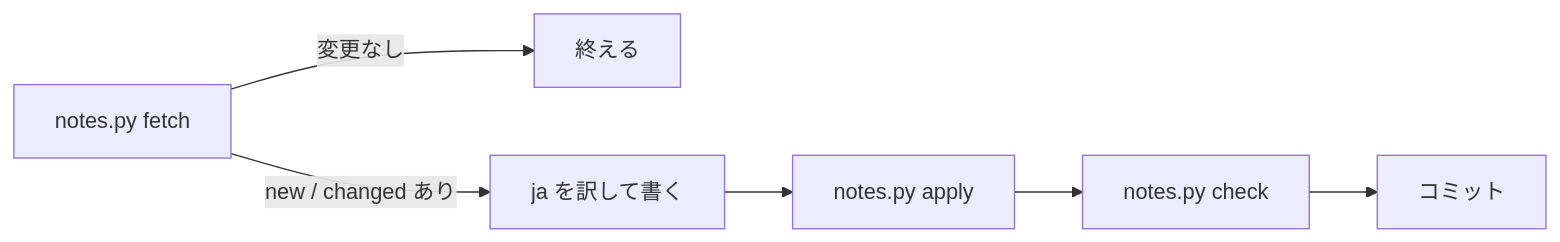
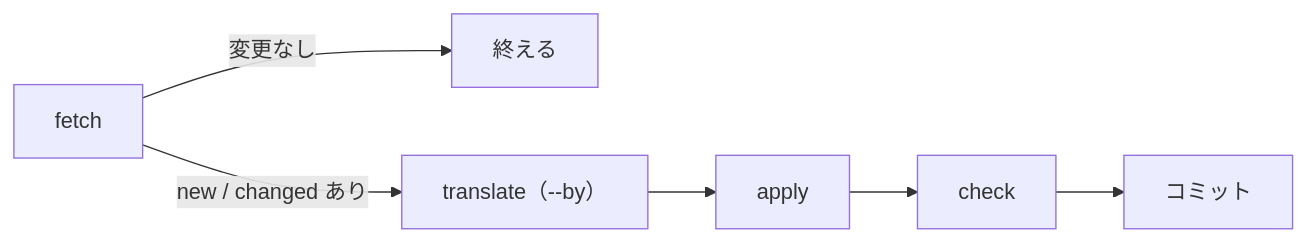
The diagram in .claude/skills/update-release-notes/SKILL.md (ytani01/jp-long-typing), drawn with Mermaid before and after one commit. The commit also changed other lines of this file and 8 other files, not shown here.

````diff
--- a/.claude/skills/update-release-notes/SKILL.md
+++ b/.claude/skills/update-release-notes/SKILL.md
@@ -21,5 +34,5 @@
 ```mermaid
 flowchart LR
-  A[notes.py fetch] -->|変更なし| Z[終える]
-  A -->|new / changed あり| C[ja を訳して書く] --> D[notes.py apply] --> E[notes.py check] --> F[コミット]
+  A[fetch] -->|変更なし| Z[終える]
+  A -->|new / changed あり| C["translate（--by）"] --> D[apply] --> E[check] --> F[コミット]
 ```
````
